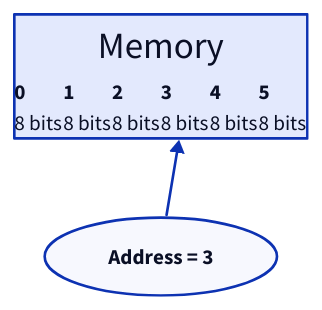
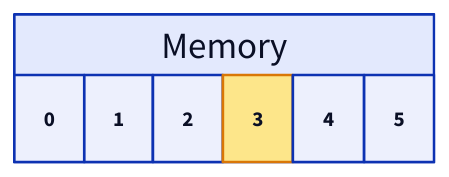
Before and after one commit to ani2fun/note-book: the fourth of 19 diagrams in src/computer-science/DSA/data-structures/1.arrays/01-introduction.md, drawn with D2. The commit also changed other lines of this file, not shown here.

First line of the commit message:
DSA arrays/01-introduction: collapse Memory diagrams to single-label tabular row

````diff
--- a/src/computer-science/DSA/data-structures/1.arrays/01-introduction.md
+++ b/src/computer-science/DSA/data-structures/1.arrays/01-introduction.md
@@ -142,31 +142,12 @@
 ```d2
-direction: right
-
 mem: Memory {
   grid-columns: 6
   grid-gap: 0
-  b0: |md
-    **0**<br/>8 bits
-  |
-  b1: |md
-    **1**<br/>8 bits
-  |
-  b2: |md
-    **2**<br/>8 bits
-  |
-  b3: |md
-    **3**<br/>8 bits
-  |
-  b4: |md
-    **4**<br/>8 bits
-  |
-  b5: |md
-    **5**<br/>8 bits
-  |
+  b0: "0"
+  b1: "1"
+  b2: "2"
+  b3: "3" {style.fill: "#fde68a"; style.stroke: "#d97706"}
+  b4: "4"
+  b5: "5"
 }
-
-addr: Address = 3 {
-  shape: oval
-}
-addr -> mem.b3
 ```
````
